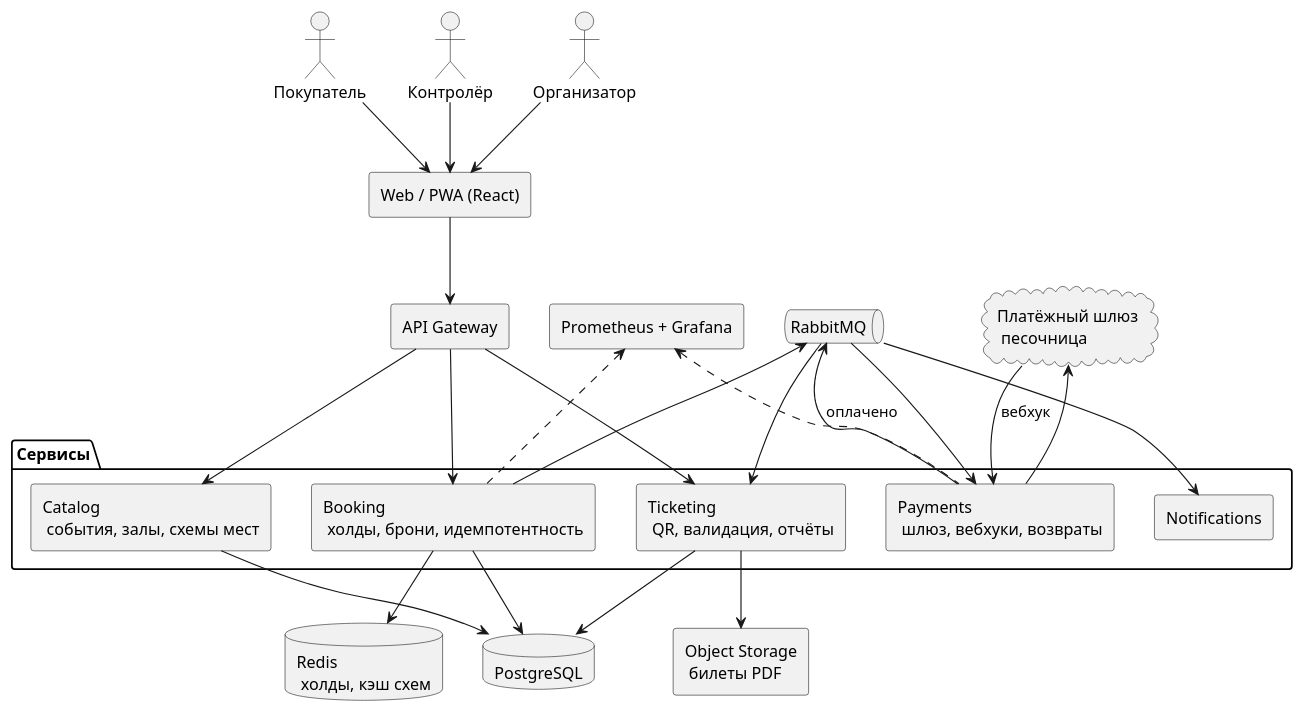
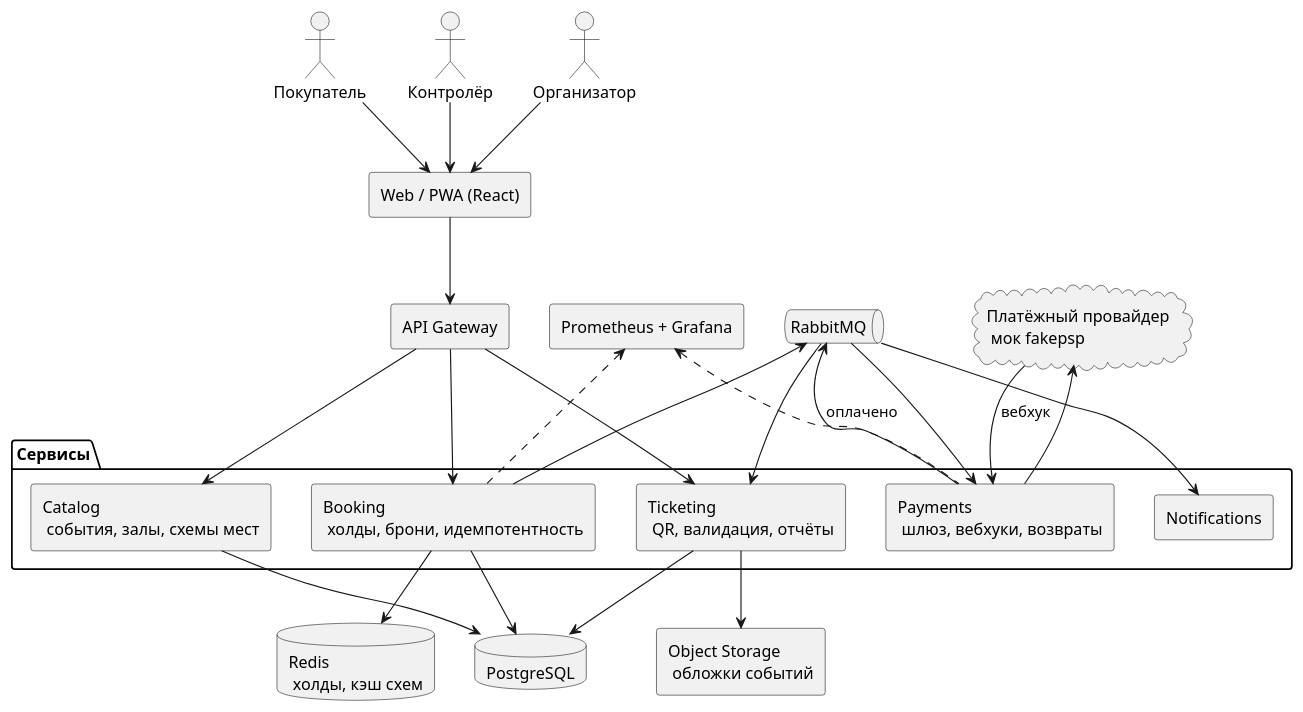
Before and after one commit to funster-a/dd: the diagram in docs/spec.md, drawn with PlantUML. The commit also changed other lines of this file and 2 other files, not shown here.

````diff
--- a/docs/spec.md
+++ b/docs/spec.md
@@ -45,46 +45,46 @@
 ```plantuml
 @startuml
 skinparam componentStyle rectangle
 actor Покупатель as U
 actor Контролёр as C
 actor Организатор as O
 
 [Web / PWA (React)] as WEB
 [API Gateway] as GW
 package "Сервисы" {
   [Catalog\n события, залы, схемы мест] as CAT
   [Booking\n холды, брони, идемпотентность] as BOOK
   [Payments\n шлюз, вебхуки, возвраты] as PAY
   [Ticketing\n QR, валидация, отчёты] as TICK
   [Notifications] as NOTIF
 }
 database "PostgreSQL" as PG
 database "Redis\n холды, кэш схем" as RD
 queue "RabbitMQ" as MQ
-[Object Storage\n билеты PDF] as S3
+[Object Storage\n обложки событий] as S3
 [Prometheus + Grafana] as OBS
-cloud "Платёжный шлюз\n песочница" as PSP
+cloud "Платёжный провайдер\n мок fakepsp" as PSP
 
 U --> WEB
 C --> WEB
 O --> WEB
 WEB --> GW
 GW --> CAT
 GW --> BOOK
 GW --> TICK
 BOOK --> RD
 BOOK --> PG
 BOOK --> MQ
 MQ --> PAY
 MQ --> NOTIF
 PAY --> PSP
 PSP --> PAY : вебхук
 PAY --> MQ : оплачено
 MQ --> TICK
 TICK --> S3
 TICK --> PG
 CAT --> PG
 OBS <.. BOOK
 OBS <.. PAY
 @enduml
 ```
````
